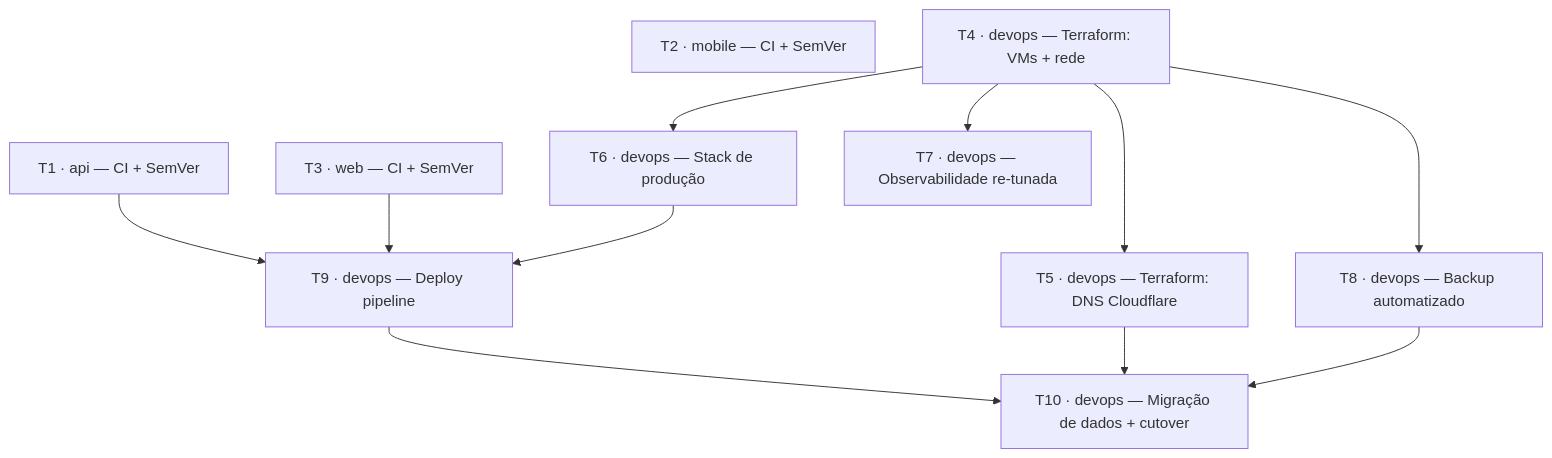
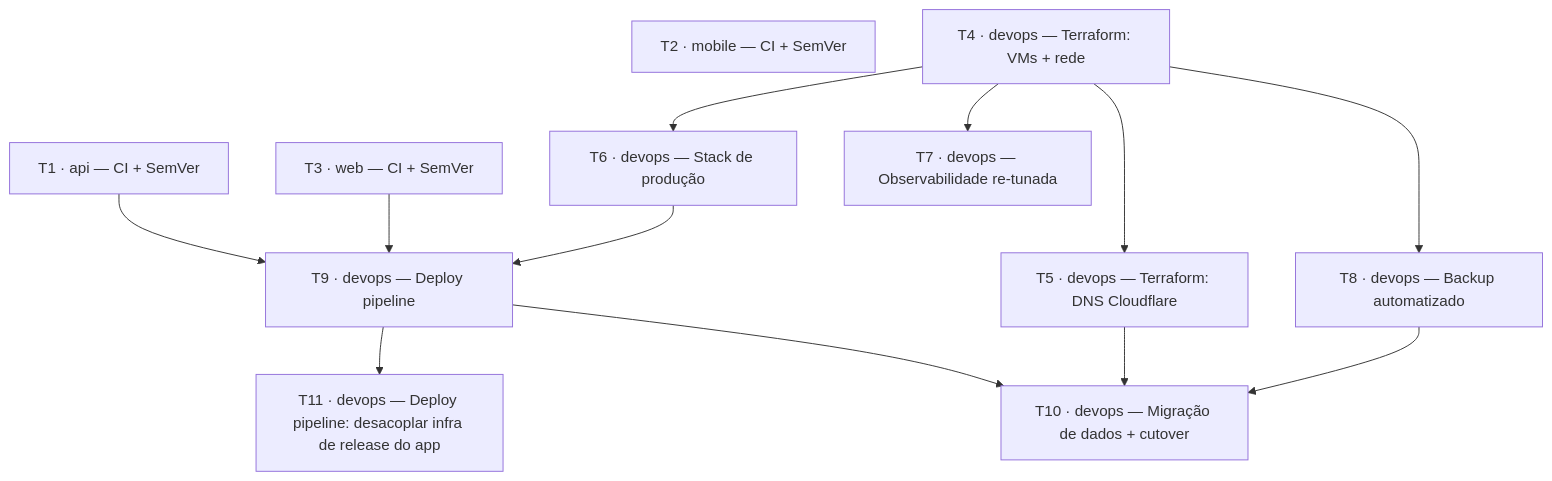
One commit to oikos-circular-environment/devops changed the diagram in plans/oracle-cloud-migration/05-tickets.md. Above: the diagram before and after it, drawn with Mermaid. The commit also changed other lines of this file and 2 other files, not shown here.

First line of the commit message:
docs(T9/T11): documenta gap de deploy infra-only e cria ticket T11

````diff
--- a/plans/oracle-cloud-migration/05-tickets.md
+++ b/plans/oracle-cloud-migration/05-tickets.md
@@ -7,24 +7,26 @@
 ```mermaid
 flowchart TD
     T1[T1 · api — CI + SemVer]
     T2[T2 · mobile — CI + SemVer]
     T3[T3 · web — CI + SemVer]
     T4[T4 · devops — Terraform: VMs + rede]
     T5[T5 · devops — Terraform: DNS Cloudflare]
     T6[T6 · devops — Stack de produção]
     T7[T7 · devops — Observabilidade re-tunada]
     T8[T8 · devops — Backup automatizado]
     T9[T9 · devops — Deploy pipeline]
     T10[T10 · devops — Migração de dados + cutover]
+    T11[T11 · devops — Deploy pipeline: desacoplar infra de release do app]
 
     T4 --> T5
     T4 --> T6
     T4 --> T7
     T4 --> T8
     T1 --> T9
     T3 --> T9
     T6 --> T9
     T9 --> T10
     T5 --> T10
     T8 --> T10
+    T9 --> T11
 ```
````
